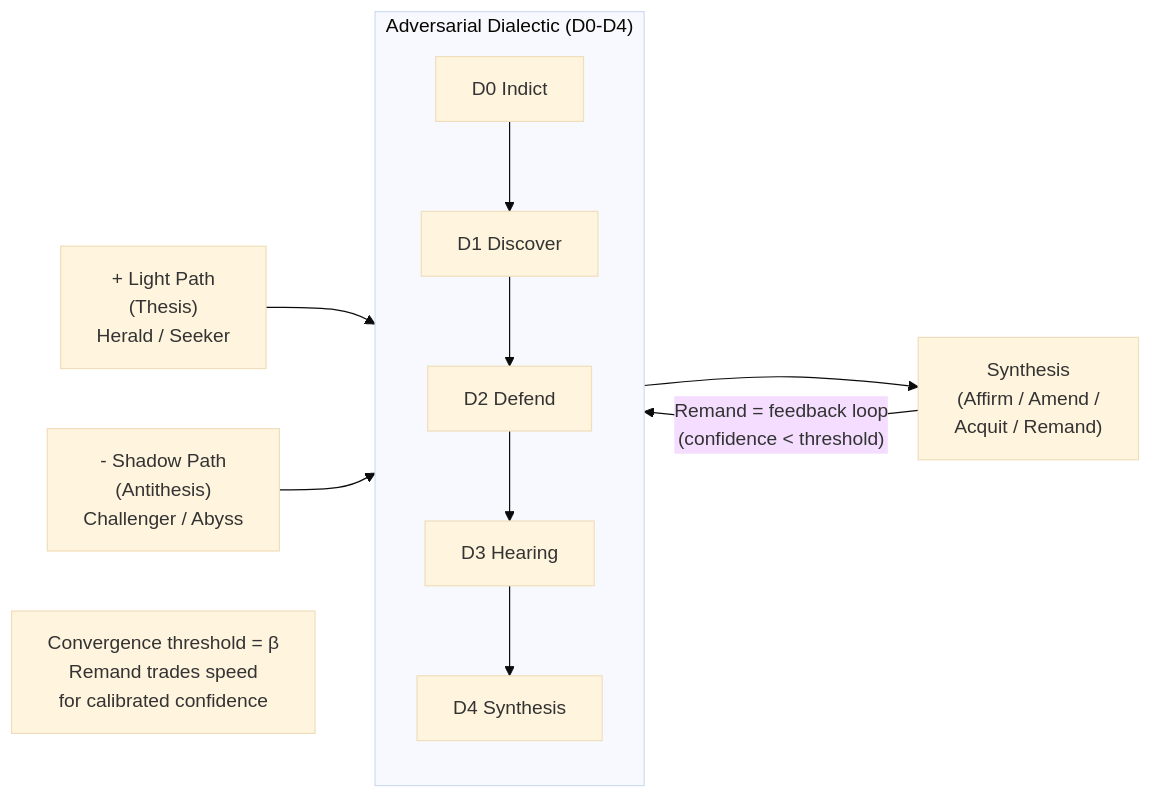
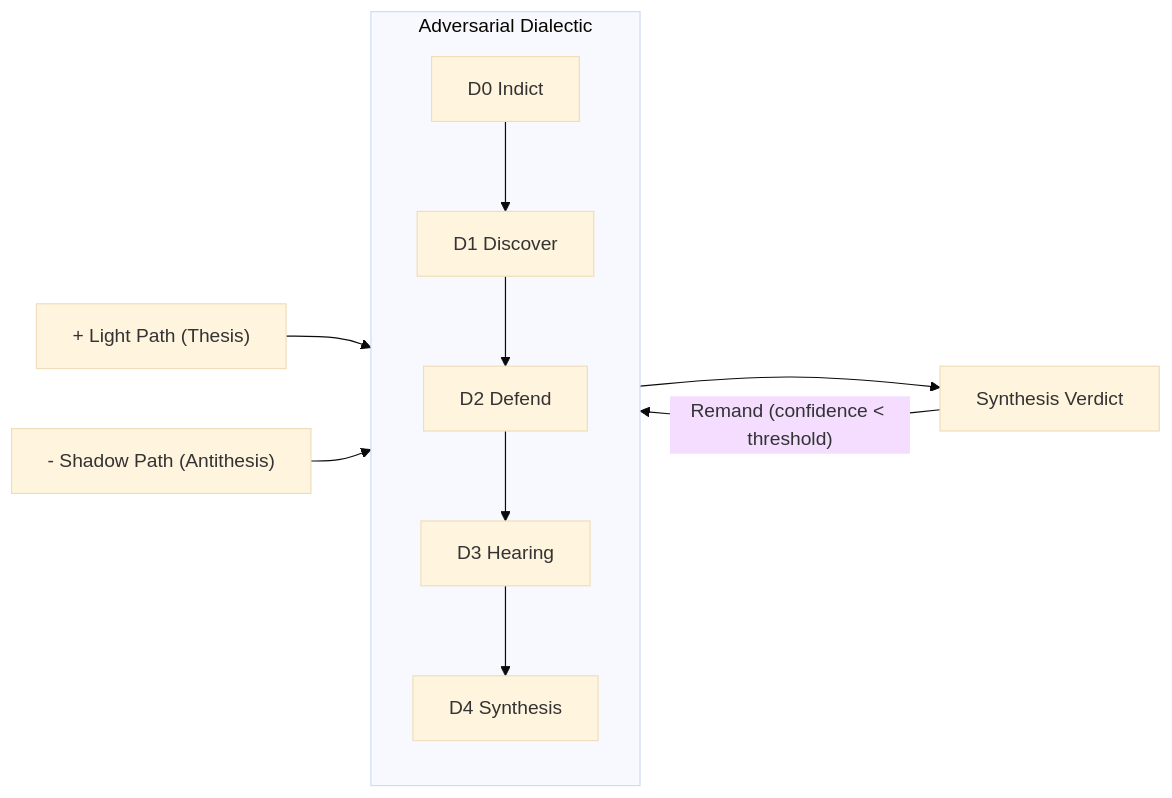
The seventh of 12 diagrams in .cursor/docs/case-studies/electronic-circuit-theory.md (dpopsuev/origami), drawn with Mermaid (base theme) before and after one commit. The commit also changed other lines of this file, not shown here.

First line of the commit message:
fix(case-studies): clean up mermaid diagram labels and spacing

````diff
--- a/.cursor/docs/case-studies/electronic-circuit-theory.md
+++ b/.cursor/docs/case-studies/electronic-circuit-theory.md
@@ -230,21 +228,19 @@
 ```mermaid
 flowchart LR
-    subgraph dialectic ["Adversarial Dialectic (D0-D4)"]
+    subgraph dialectic ["Adversarial Dialectic"]
         direction TB
         D0["D0 Indict"]
         D1["D1 Discover"]
         D2["D2 Defend"]
         D3["D3 Hearing"]
         D4["D4 Synthesis"]
         D0 --> D1 --> D2 --> D3 --> D4
     end
 
-    Light["+  Light Path\n(Thesis)\nHerald / Seeker"] --> D0
-    Shadow["-  Shadow Path\n(Antithesis)\nChallenger / Abyss"] --> D2
+    Light["+ Light Path (Thesis)"] --> D0
+    Shadow["- Shadow Path (Antithesis)"] --> D2
 
-    D4 --> Output["Synthesis\n(Affirm / Amend /\nAcquit / Remand)"]
+    D4 --> Output["Synthesis Verdict"]
 
-    Output -->|"Remand = feedback loop\n(confidence < threshold)"| D0
-
-    note["Convergence threshold = β\nRemand trades speed\nfor calibrated confidence"]
+    Output -->|"Remand (confidence < threshold)"| D0
 ```
````
